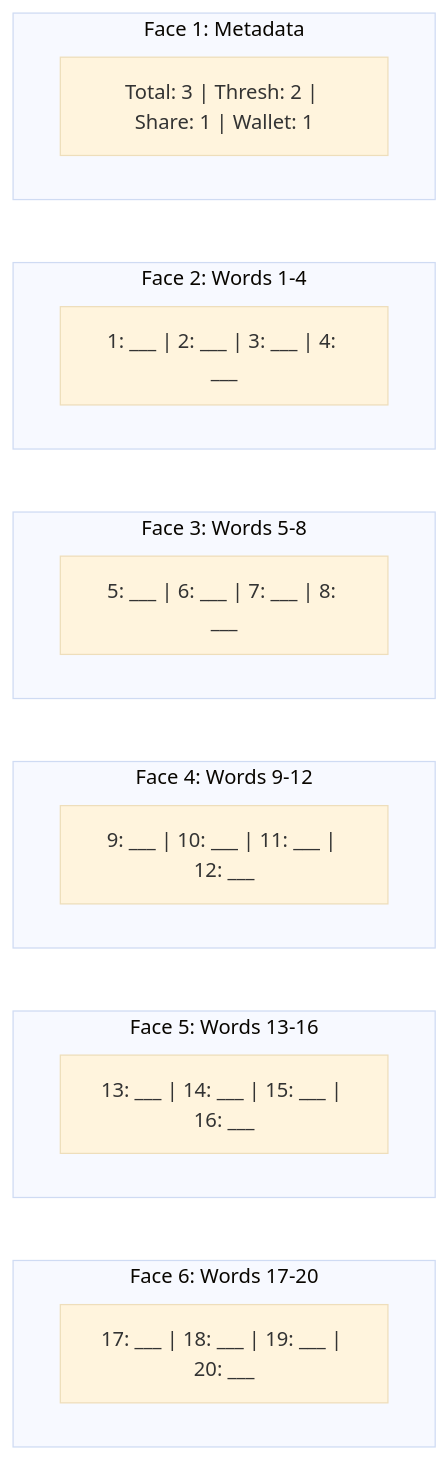
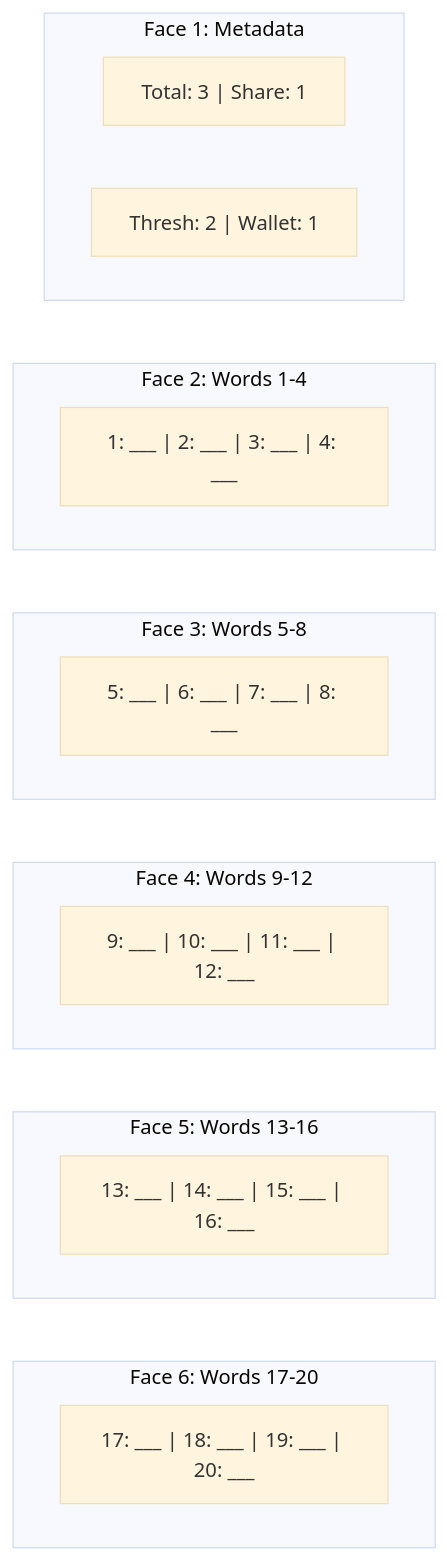
The diagram in README.md (alkalescent/interstellar), drawn with Mermaid (base theme) before and after one commit. The commit also changed other lines of this file, not shown here.

````diff
--- a/README.md
+++ b/README.md
@@ -383,22 +383,23 @@
 ```mermaid
 flowchart TB
     subgraph Face1["Face 1: Metadata"]
-        A["Total: 3 | Thresh: 2 | Share: 1 | Wallet: 1"]
+        A1["Total: 3 | Share: 1"]
+        A2["Thresh: 2 | Wallet: 1"]
     end
     subgraph Face2["Face 2: Words 1-4"]
         B["1: ___ | 2: ___ | 3: ___ | 4: ___"]
     end
     subgraph Face3["Face 3: Words 5-8"]
         C["5: ___ | 6: ___ | 7: ___ | 8: ___"]
     end
     subgraph Face4["Face 4: Words 9-12"]
         D["9: ___ | 10: ___ | 11: ___ | 12: ___"]
     end
     subgraph Face5["Face 5: Words 13-16"]
         E["13: ___ | 14: ___ | 15: ___ | 16: ___"]
     end
     subgraph Face6["Face 6: Words 17-20"]
         F["17: ___ | 18: ___ | 19: ___ | 20: ___"]
     end
     Face1 ~~~ Face2 ~~~ Face3 ~~~ Face4 ~~~ Face5 ~~~ Face6
 ```
````
